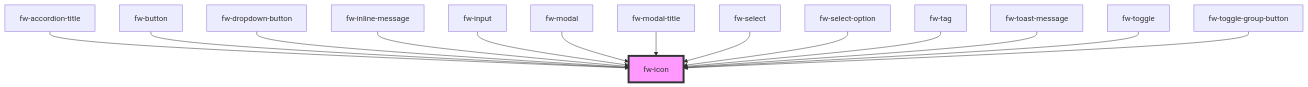
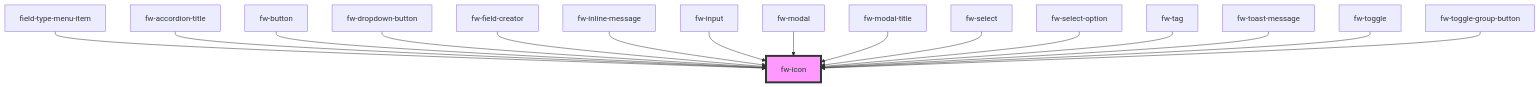
One commit to freshworks/crayons changed the diagram in packages/crayons-core/src/components/icon/readme.md. Above: the diagram before and after it, drawn with Mermaid. The commit also changed other lines of this file and 13 other files, not shown here.

````diff
--- a/packages/crayons-core/src/components/icon/readme.md
+++ b/packages/crayons-core/src/components/icon/readme.md
@@ -77,17 +79,19 @@
 ```mermaid
 graph TD;
+  field-type-menu-item --> fw-icon
   fw-accordion-title --> fw-icon
   fw-button --> fw-icon
   fw-dropdown-button --> fw-icon
+  fw-field-creator --> fw-icon
   fw-inline-message --> fw-icon
   fw-input --> fw-icon
   fw-modal --> fw-icon
   fw-modal-title --> fw-icon
   fw-select --> fw-icon
   fw-select-option --> fw-icon
   fw-tag --> fw-icon
   fw-toast-message --> fw-icon
   fw-toggle --> fw-icon
   fw-toggle-group-button --> fw-icon
   style fw-icon fill:#f9f,stroke:#333,stroke-width:4px
 ```
````
